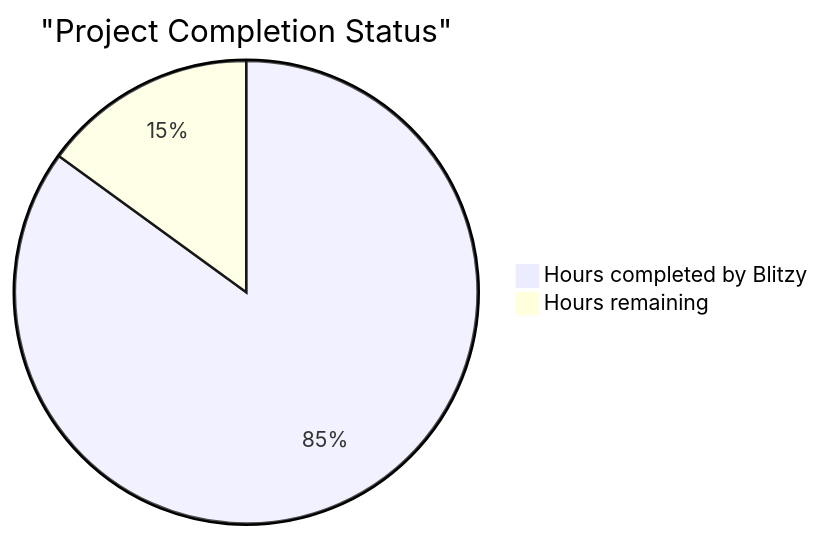
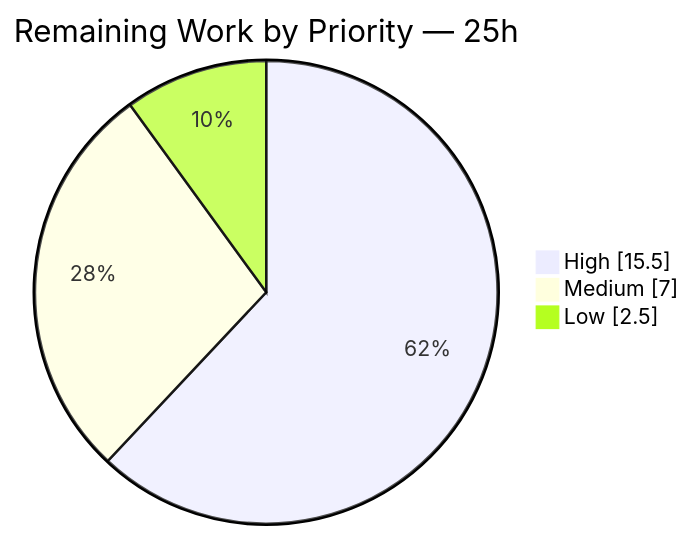
One commit to blitzytest02/blitzy-20250603112937552 changed the third of 4 diagrams in blitzy/documentation/Project Guide.md. Above: the diagram before and after it, drawn with Mermaid. The commit also changed other lines of this file, not shown here.

Commit message:
Adding Blitzy Project Guide: Project Status and Human Tasks Remaining

````diff
--- a/blitzy/documentation/Project Guide.md
+++ b/blitzy/documentation/Project Guide.md
@@ -3,5 +224,6 @@
 ```mermaid
-pie title "Project Completion Status"
-    "Hours completed by Blitzy" : 85
-    "Hours remaining" : 15
+pie showData title Remaining Work by Priority — 25h
+    "High" : 15.5
+    "Medium" : 7
+    "Low" : 2.5
 ```
````
